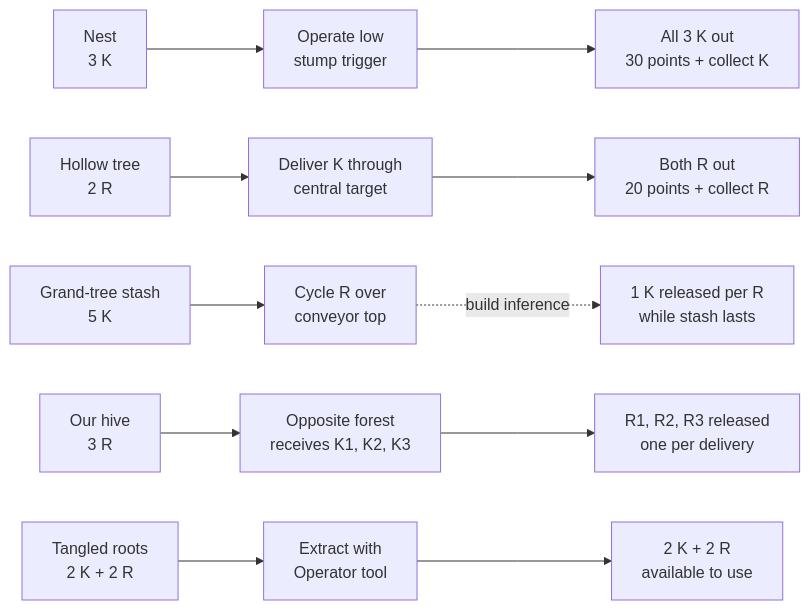
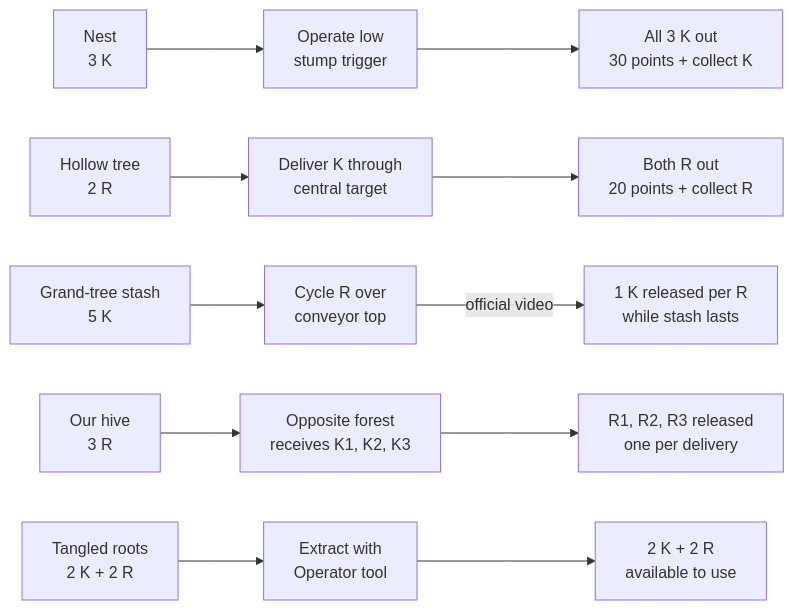
One commit to EdPom/lego-competition-guide changed the first of 4 diagrams in notes/token-flow-and-scoring.md. Above: the diagram before and after it, drawn with Mermaid. The commit also changed other lines of this file and 1 other file, not shown here.

Commit message:
Confirm grand-tree token release from official video

````diff
--- a/notes/token-flow-and-scoring.md
+++ b/notes/token-flow-and-scoring.md
@@ -82,9 +82,9 @@
 ```mermaid
 %%{init: {"flowchart": {"curve": "stepAfter"}}}%%
 flowchart LR
   N["Nest<br/>3 K"] --> NT["Operate low<br/>stump trigger"] --> NO["All 3 K out<br/>30 points + collect K"]
   H["Hollow tree<br/>2 R"] --> HT["Deliver K through<br/>central target"] --> HO["Both R out<br/>20 points + collect R"]
-  G["Grand-tree stash<br/>5 K"] --> GT["Cycle R over<br/>conveyor top"] -. "build inference" .-> GO["1 K released per R<br/>while stash lasts"]
+  G["Grand-tree stash<br/>5 K"] --> GT["Cycle R over<br/>conveyor top"] -->|"official video"| GO["1 K released per R<br/>while stash lasts"]
   V["Our hive<br/>3 R"] --> VT["Opposite forest<br/>receives K1, K2, K3"] --> VO["R1, R2, R3 released<br/>one per delivery"]
   T["Tangled roots<br/>2 K + 2 R"] --> TT["Extract with<br/>Operator tool"] --> TO["2 K + 2 R<br/>available to use"]
 ```
````
